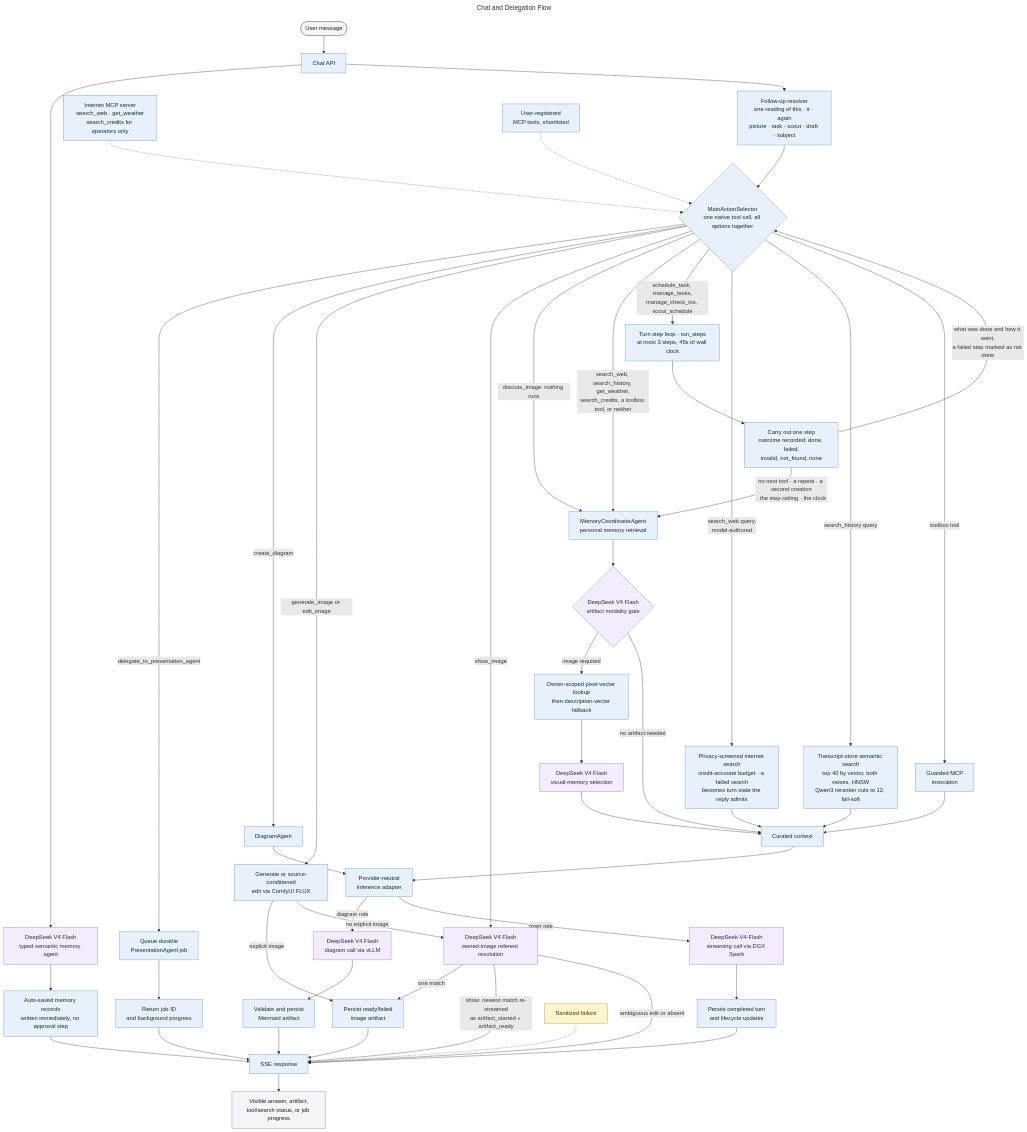
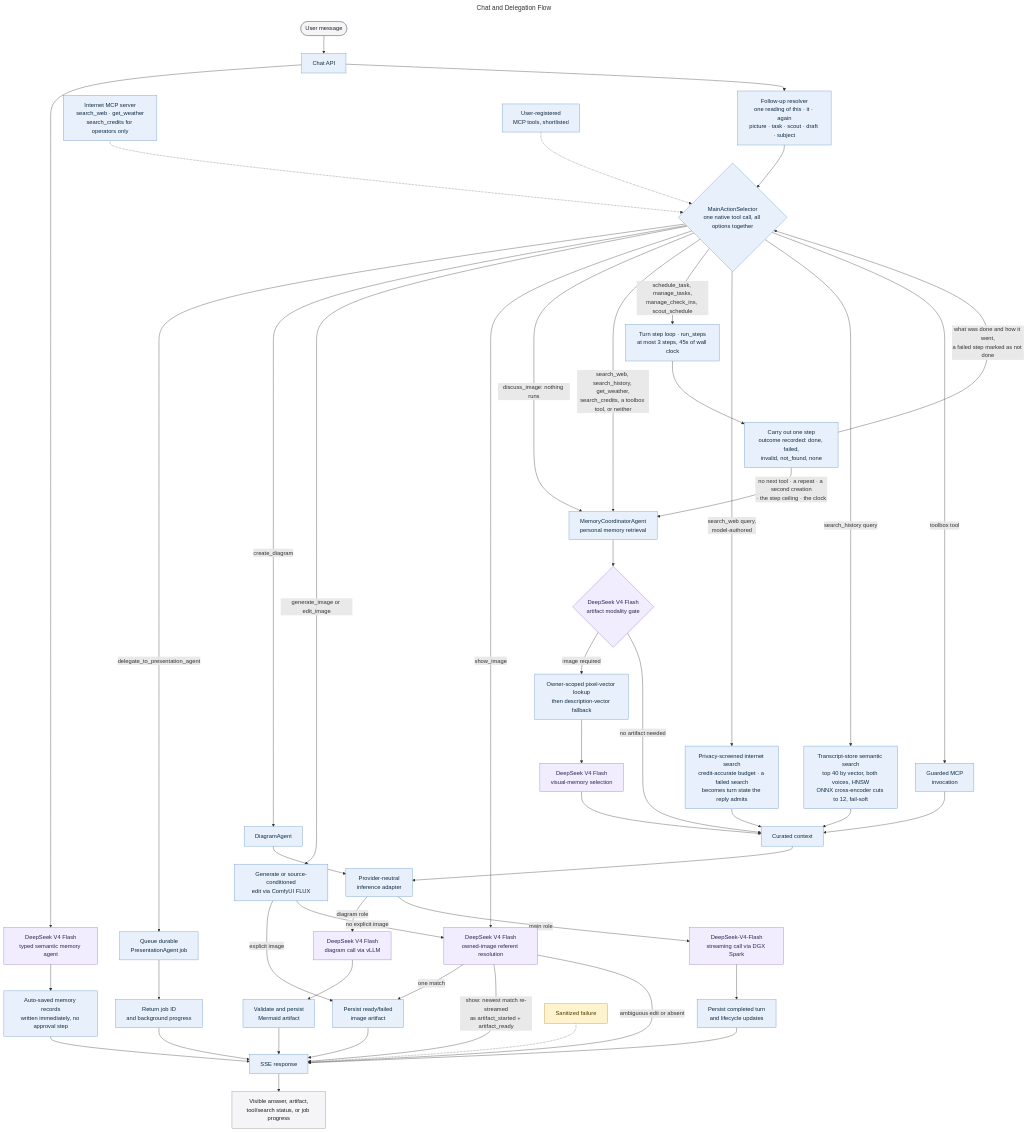
One commit to MallyaAni/PersonalAssistant changed the diagram in docs/diagrams/chat-orchestration.mmd. Above: the diagram before and after it, drawn with Mermaid. The commit also changed 18 other files, not shown here.

```diff
--- a/docs/diagrams/chat-orchestration.mmd
+++ b/docs/diagrams/chat-orchestration.mmd
@@ -1,68 +1,68 @@
 ---
 title: Chat and Delegation Flow
 ---
 flowchart TB
     User([User message]) --> API[Chat API]
     API --> Interest[DeepSeek V4 Flash<br/>typed semantic memory agent]
     Interest --> Proposal[Auto-saved memory records<br/>written immediately, no approval step]
     API --> FollowUp[Follow-up resolver<br/>one reading of this · it · again<br/>picture · task · scout · draft · subject]
     FollowUp --> Selector{MainActionSelector<br/>one native tool call, all options together}
     Search_Tool[Internet MCP server<br/>search_web · get_weather<br/>search_credits for operators only] -.-> Selector
     Toolbox[User-registered<br/>MCP tools, shortlisted] -.-> Selector
 
     Selector -->|delegate_to_presentation_agent| Presentation[Queue durable<br/>PresentationAgent job]
     Presentation --> Progress[Return job ID<br/>and background progress]
 
     Selector -->|create_diagram| Diagram[DiagramAgent]
     Diagram --> Inference[Provider-neutral<br/>inference adapter]
     Inference -->|diagram role| DiagramModel[DeepSeek V4 Flash<br/>diagram call via vLLM]
     DiagramModel --> Artifact[Validate and persist<br/>Mermaid artifact]
 
     Selector -->|generate_image or edit_image| ImageAction[Generate or source-conditioned<br/>edit via ComfyUI FLUX]
     Selector -->|show_image| Referent
     Selector -->|discuss_image: nothing runs| Memory
     ImageAction -->|explicit image| ImageArtifact[Persist ready/failed<br/>image artifact]
     ImageAction -->|no explicit image| Referent[DeepSeek V4 Flash<br/>owned-image referent resolution]
     Referent -->|one match| ImageArtifact
     Referent -->|show: newest match re-streamed<br/>as artifact_started + artifact_ready| Stream
     Referent -->|ambiguous edit or absent| Stream
 
     Selector -->|search_web, search_history, get_weather,<br/>search_credits, a toolbox tool, or neither| Memory[MemoryCoordinatorAgent<br/>personal memory retrieval]
     Memory --> ArtifactGate{DeepSeek V4 Flash<br/>artifact modality gate}
     ArtifactGate -->|image required| Visual[Owner-scoped pixel-vector lookup<br/>then description-vector fallback]
     ArtifactGate -->|no artifact needed| Context[Curated context]
     Visual --> VisualPolicy[DeepSeek V4 Flash<br/>visual-memory selection]
     VisualPolicy --> Context
     Selector -->|schedule_task, manage_tasks,<br/>manage_check_ins, scout_schedule| Steps
     Steps[Turn step loop · run_steps<br/>at most 3 steps, 45s of wall clock] --> Apply[Carry out one step<br/>outcome recorded: done, failed,<br/>invalid, not_found, none]
     Apply -->|what was done and how it went,<br/>a failed step marked as not done| Selector
     Apply -->|no next tool · a repeat · a second creation<br/>· the step ceiling · the clock| Memory
 
     Selector -->|search_web query,<br/>model-authored| Search[Privacy-screened internet search<br/>credit-accurate budget · a failed search<br/>becomes turn state the reply admits]
-    Selector -->|search_history query| History[Transcript-store semantic search<br/>top 40 by vector, both voices, HNSW<br/>Qwen3 reranker cuts to 12, fail-soft]
+    Selector -->|search_history query| History[Transcript-store semantic search<br/>top 40 by vector, both voices, HNSW<br/>ONNX cross-encoder cuts to 12, fail-soft]
     Selector -->|toolbox tool| MCP[Guarded MCP<br/>invocation]
     MCP --> Context
     Search --> Context
     History --> Context
 
     Context --> Inference
     Inference -->|main role| Main[DeepSeek-V4-Flash<br/>streaming call via DGX Spark]
     Main --> Persist[Persist completed turn<br/>and lifecycle updates]
     Persist --> Stream[SSE response]
     Proposal --> Stream
 
     Artifact --> Stream
     ImageArtifact --> Stream
     Progress --> Stream
     Stream --> UI[Visible answer, artifact,<br/>tool/search status, or job progress]
 
     Failure[Sanitized failure] -.-> Stream
 
     classDef interface fill:#f5f5f7,stroke:#86868b,color:#1d1d1f;
     classDef application fill:#e8f1fb,stroke:#5e8fc4,color:#102a43;
     classDef model fill:#f1edff,stroke:#8872c6,color:#2e2450;
     classDef failure fill:#fff3cd,stroke:#b78b20,color:#4d3900;
     class User,UI interface;
     class API,Selector,Search_Tool,Toolbox,Presentation,Progress,Diagram,Artifact,ImageAction,ImageArtifact,Memory,Visual,MCP,Search,History,Context,Inference,Persist,Stream,Proposal,FollowUp,Steps,Apply application;
     class Main,DiagramModel,Interest,ArtifactGate,VisualPolicy,Referent model;
     class Failure failure;
```
